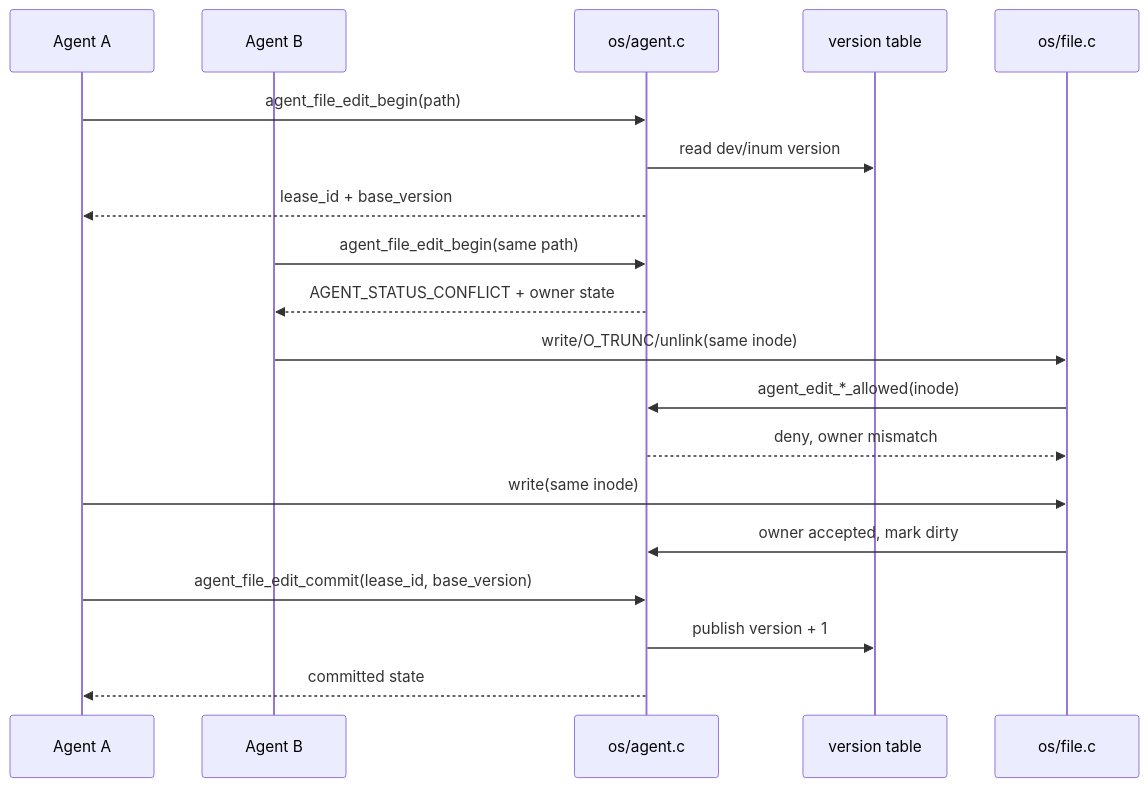
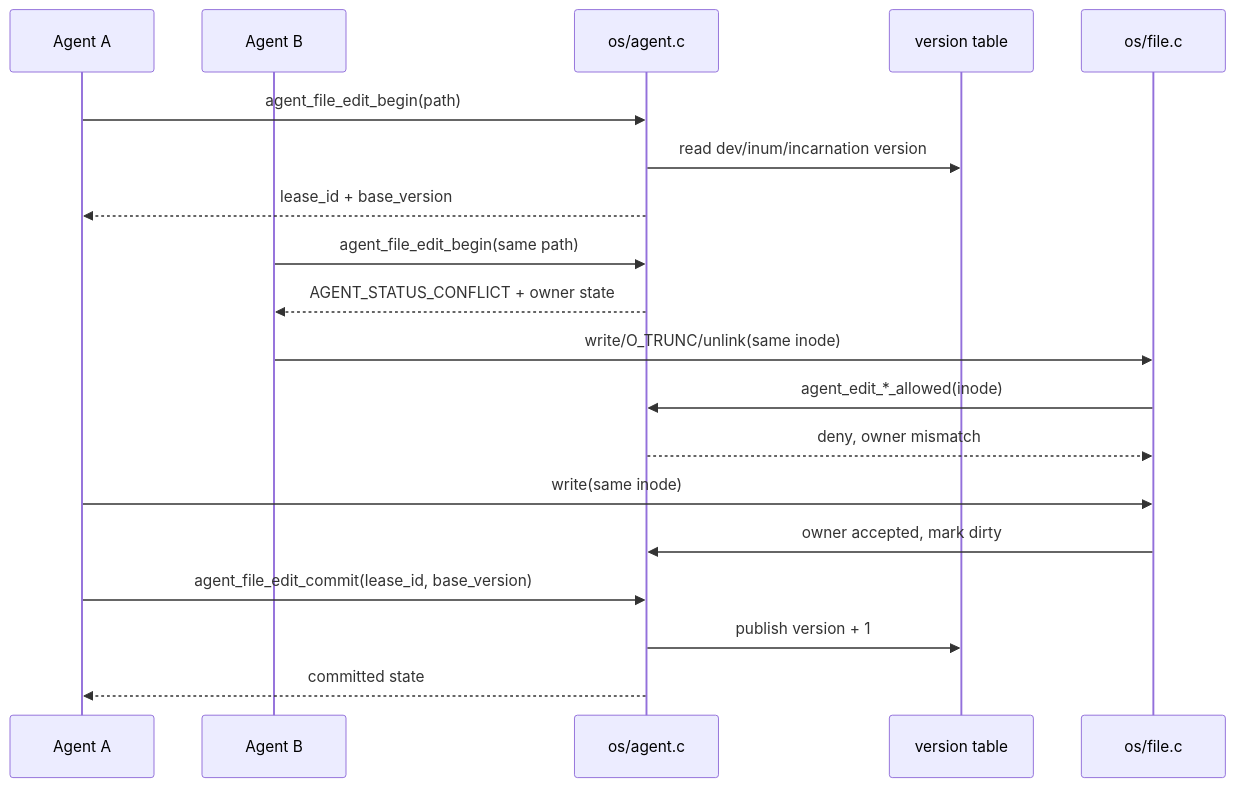
Before and after one commit to yushugulao/Agent-OS: the tenth of 11 diagrams in docs/agentos/design.md, drawn with Mermaid. The commit also changed other lines of this file and 18 other files, not shown here.

````diff
--- a/docs/agentos/design.md
+++ b/docs/agentos/design.md
@@ -307,21 +319,21 @@
 ```mermaid
 sequenceDiagram
     participant A1 as Agent A
     participant A2 as Agent B
     participant K as os/agent.c
     participant V as version table
     participant F as os/file.c
     A1->>K: agent_file_edit_begin(path)
-    K->>V: read dev/inum version
+    K->>V: read dev/inum/incarnation version
     K-->>A1: lease_id + base_version
     A2->>K: agent_file_edit_begin(same path)
     K-->>A2: AGENT_STATUS_CONFLICT + owner state
     A2->>F: write/O_TRUNC/unlink(same inode)
     F->>K: agent_edit_*_allowed(inode)
     K-->>F: deny, owner mismatch
     A1->>F: write(same inode)
     F->>K: owner accepted, mark dirty
     A1->>K: agent_file_edit_commit(lease_id, base_version)
     K->>V: publish version + 1
     K-->>A1: committed state
 ```
````
